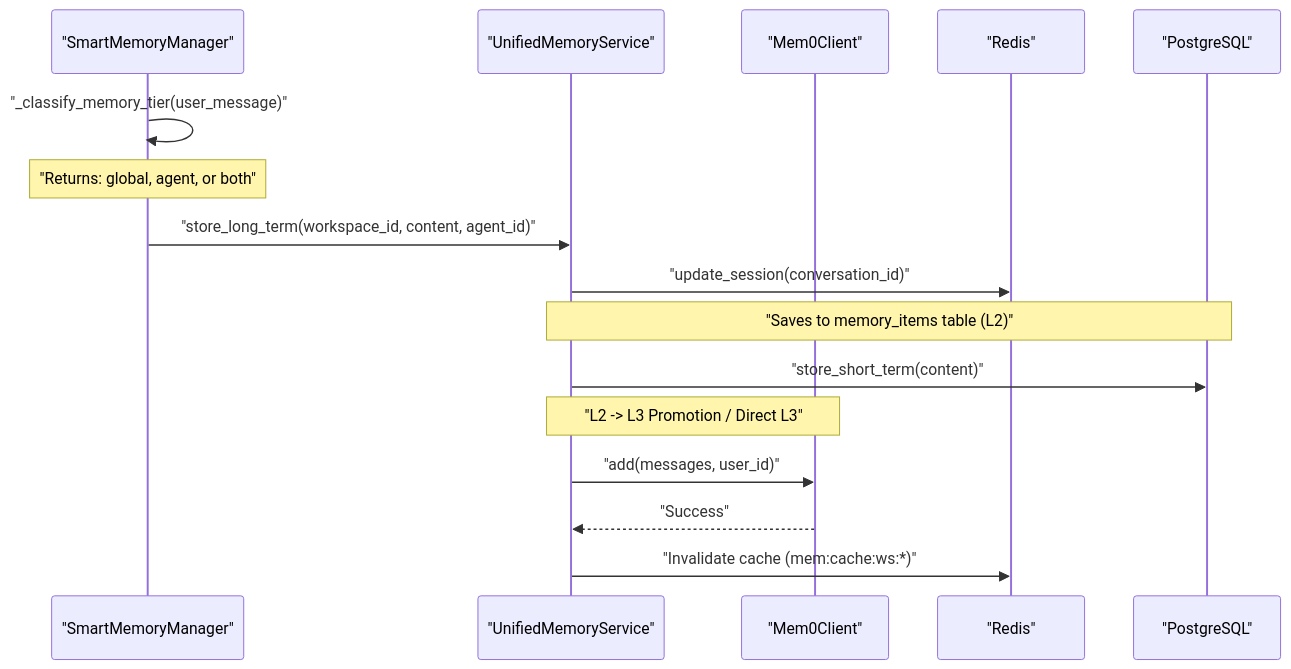
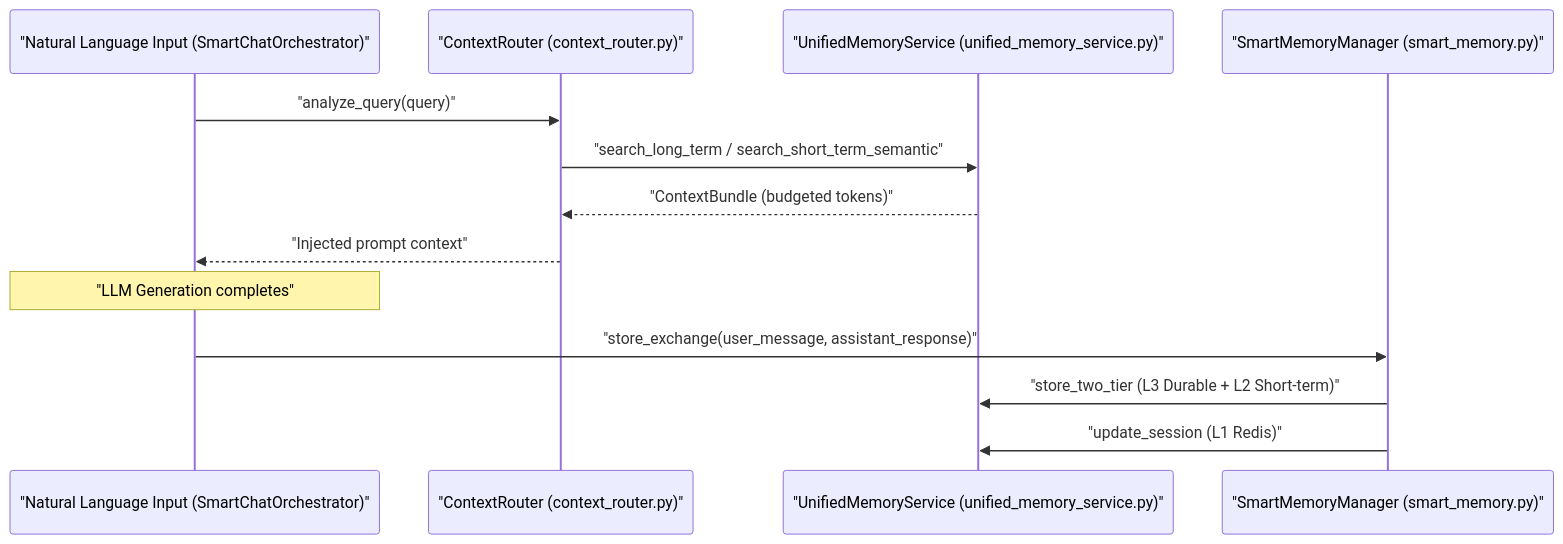
Before and after one commit to AutomatosAI/automatos-ai: the third of 3 diagrams in docs/memory-system/unifiedmemoryservice.md, drawn with Mermaid. The commit also changed other lines of this file and 191 other files, not shown here.

````diff
--- a/docs/memory-system/unifiedmemoryservice.md
+++ b/docs/memory-system/unifiedmemoryservice.md
@@ -133,22 +156,18 @@
 ```mermaid
 sequenceDiagram
-    participant SMM as "SmartMemoryManager"
-    participant UMS as "UnifiedMemoryService"
-    participant M0 as "Mem0Client"
-    participant RD as "Redis"
-    participant PG as "PostgreSQL"
+    participant NL as "Natural Language Input (SmartChatOrchestrator)"
+    participant Router as "ContextRouter (context_router.py)"
+    participant UMS as "UnifiedMemoryService (unified_memory_service.py)"
+    participant SMM as "SmartMemoryManager (smart_memory.py)"
 
-    SMM->>SMM: "_classify_memory_tier(user_message)"
-    Note over SMM: "Returns: global, agent, or both"
-    
-    SMM->>UMS: "store_long_term(workspace_id, content, agent_id)"
-    UMS->>RD: "update_session(conversation_id)"
-    
-    Note over UMS, PG: "Saves to memory_items table (L2)"
-    UMS->>PG: "store_short_term(content)"
-    
-    Note over UMS, M0: "L2 -> L3 Promotion / Direct L3"
-    UMS->>M0: "add(messages, user_id)"
-    M0-->>UMS: "Success"
-    UMS->>RD: "Invalidate cache (mem:cache:ws:*)"
+    NL->>Router: "analyze_query(query)"
+    Router->>UMS: "search_long_term / search_short_term_semantic"
+    UMS-->>Router: "ContextBundle (budgeted tokens)"
+    Router-->>NL: "Injected prompt context"
+
+    Note over NL: "LLM Generation completes"
+
+    NL->>SMM: "store_exchange(user_message, assistant_response)"
+    SMM->>UMS: "store_two_tier (L3 Durable + L2 Short-term)"
+    SMM->>UMS: "update_session (L1 Redis)"
 ```
````
